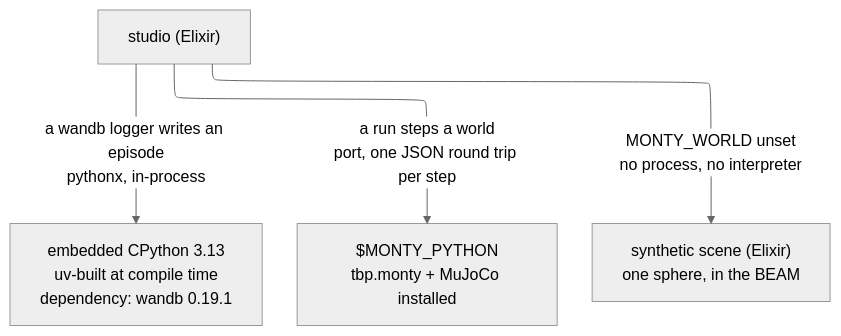
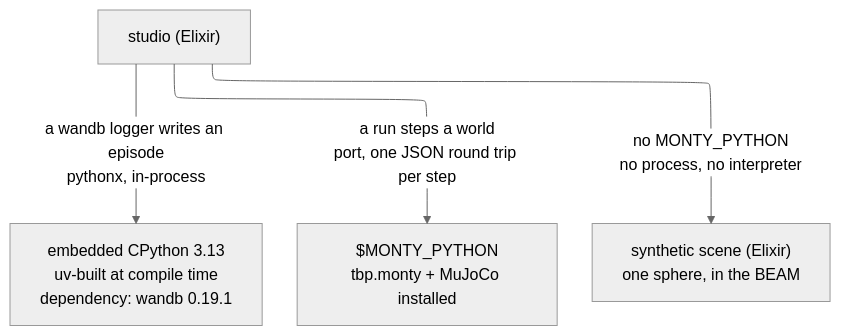
One commit to d-led/ex.tbp.monty changed the second of 7 diagrams in docs/architecture.md. Above: the diagram before and after it, drawn with Mermaid (neutral theme). The commit also changed other lines of this file and 12 other files, not shown here.

First line of the commit message:
worlds: MuJoCo via Monty's Python is the default; MONTY_WORLD is gone

````diff
--- a/docs/architecture.md
+++ b/docs/architecture.md
@@ -176,10 +177,10 @@
 ```mermaid
 ---
 config:
   layout: elk
 ---
 flowchart TD
     studio["studio (Elixir)"] -->|"a wandb logger writes an episode<br/>pythonx, in-process"| embedded["embedded CPython 3.13<br/>uv-built at compile time<br/>dependency: wandb 0.19.1"]
     studio -->|"a run steps a world<br/>port, one JSON round trip per step"| monty["$MONTY_PYTHON<br/>tbp.monty + MuJoCo installed"]
-    studio -->|"MONTY_WORLD unset<br/>no process, no interpreter"| synthetic["synthetic scene (Elixir)<br/>one sphere, in the BEAM"]
+    studio -->|"no MONTY_PYTHON<br/>no process, no interpreter"| synthetic["synthetic scene (Elixir)<br/>one sphere, in the BEAM"]
 ```
````
